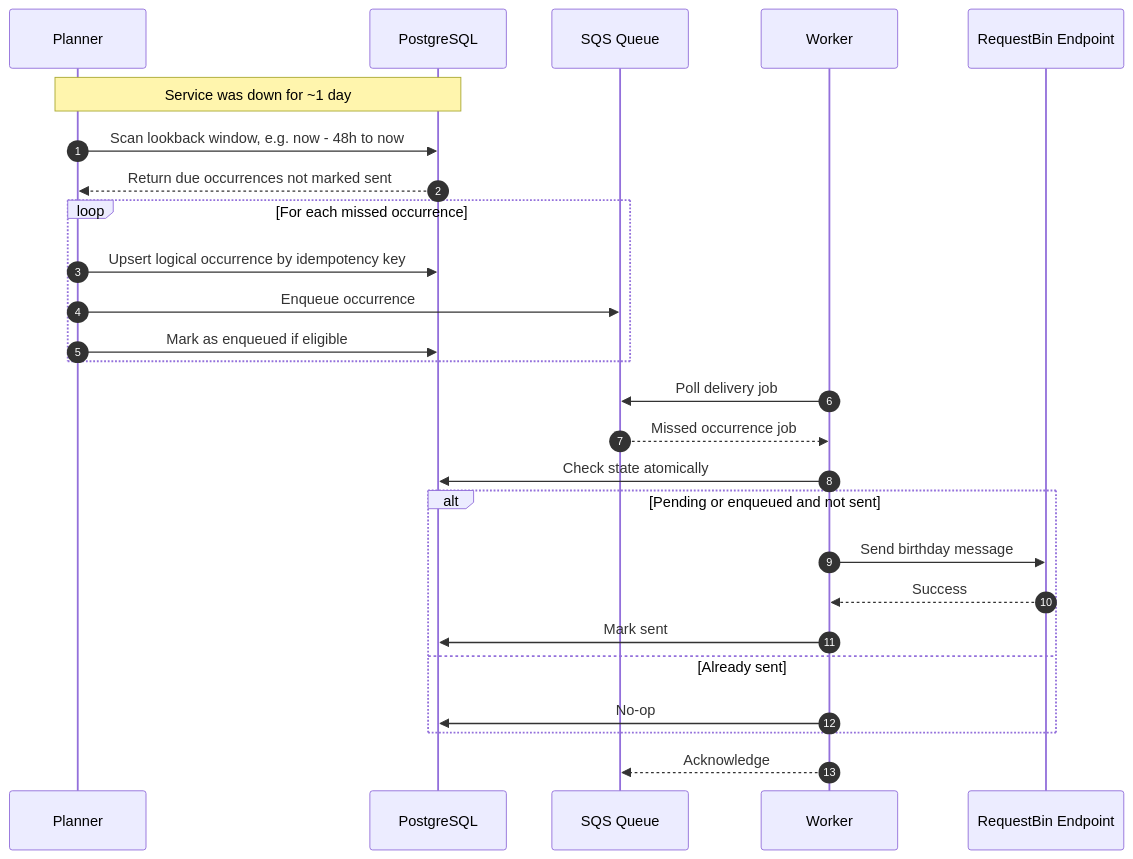
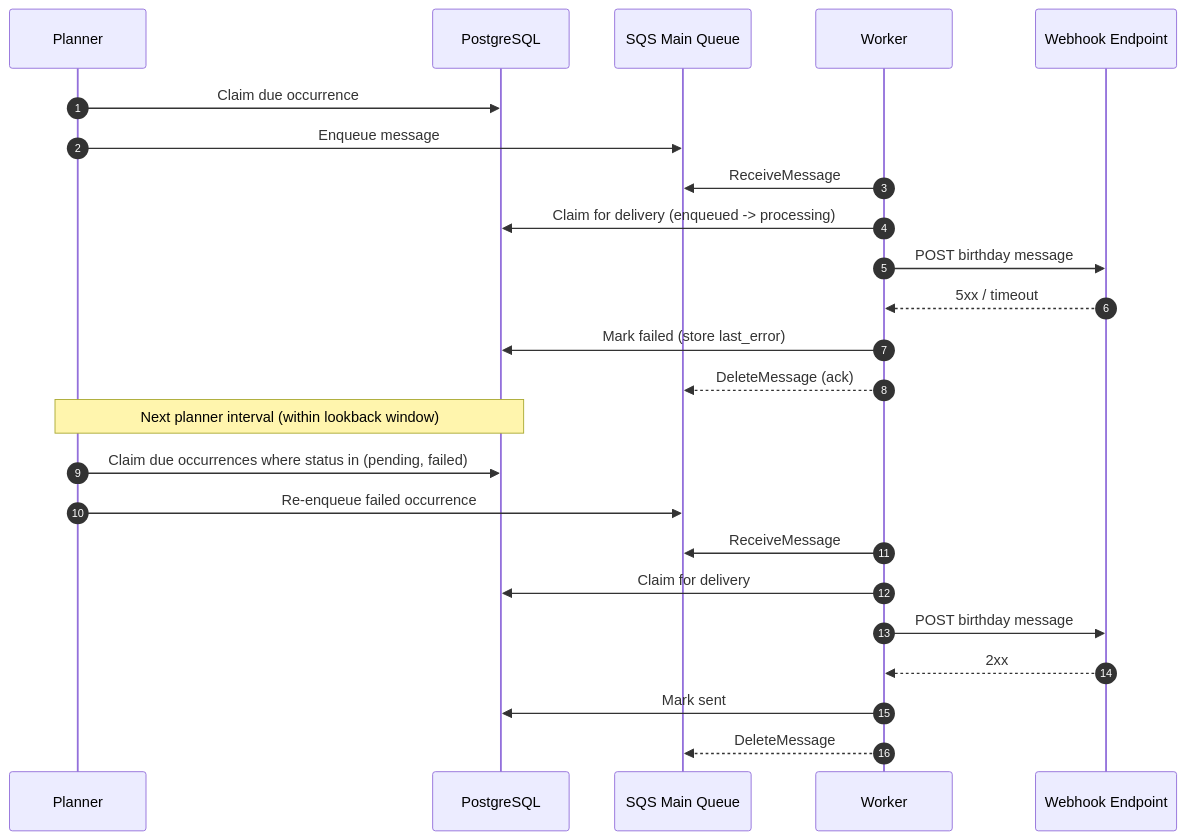
The second of 3 diagrams in docs/architecture.md (derarkh/Birthday-Notification-Service), drawn with Mermaid before and after one commit. The commit also changed other lines of this file, not shown here.

Commit message:
update architecture md file

````diff
--- a/docs/architecture.md
+++ b/docs/architecture.md
@@ -330,34 +123,28 @@
 ```mermaid
 sequenceDiagram
-    autonumber
+  autonumber
+  participant Planner as Planner
+  participant DB as PostgreSQL
+  participant SQS as SQS Main Queue
+  participant Worker as Worker
+  participant Outbound as Webhook Endpoint
 
-    participant Planner as Planner
-    participant DB as PostgreSQL
-    participant SQS as SQS Queue
-    participant Worker as Worker
-    participant Outbound as RequestBin Endpoint
+  Planner->>DB: Claim due occurrence
+  Planner->>SQS: Enqueue message
+  Worker->>SQS: ReceiveMessage
+  Worker->>DB: Claim for delivery (enqueued -> processing)
+  Worker->>Outbound: POST birthday message
+  Outbound-->>Worker: 5xx / timeout
+  Worker->>DB: Mark failed (store last_error)
+  Worker-->>SQS: DeleteMessage (ack)
 
-    Note over Planner,DB: Service was down for ~1 day
-
-    Planner->>DB: Scan lookback window, e.g. now - 48h to now
-    DB-->>Planner: Return due occurrences not marked sent
-
-    loop For each missed occurrence
-        Planner->>DB: Upsert logical occurrence by idempotency key
-        Planner->>SQS: Enqueue occurrence
-        Planner->>DB: Mark as enqueued if eligible
-    end
-
-    Worker->>SQS: Poll delivery job
-    SQS-->>Worker: Missed occurrence job
-    Worker->>DB: Check state atomically
-    alt Pending or enqueued and not sent
-        Worker->>Outbound: Send birthday message
-        Outbound-->>Worker: Success
-        Worker->>DB: Mark sent
-    else Already sent
-        Worker->>DB: No-op
-    end
-
-    Worker-->>SQS: Acknowledge
+  Note over Planner,DB: Next planner interval (within lookback window)
+  Planner->>DB: Claim due occurrences where status in (pending, failed)
+  Planner->>SQS: Re-enqueue failed occurrence
+  Worker->>SQS: ReceiveMessage
+  Worker->>DB: Claim for delivery
+  Worker->>Outbound: POST birthday message
+  Outbound-->>Worker: 2xx
+  Worker->>DB: Mark sent
+  Worker-->>SQS: DeleteMessage
 ```
````
